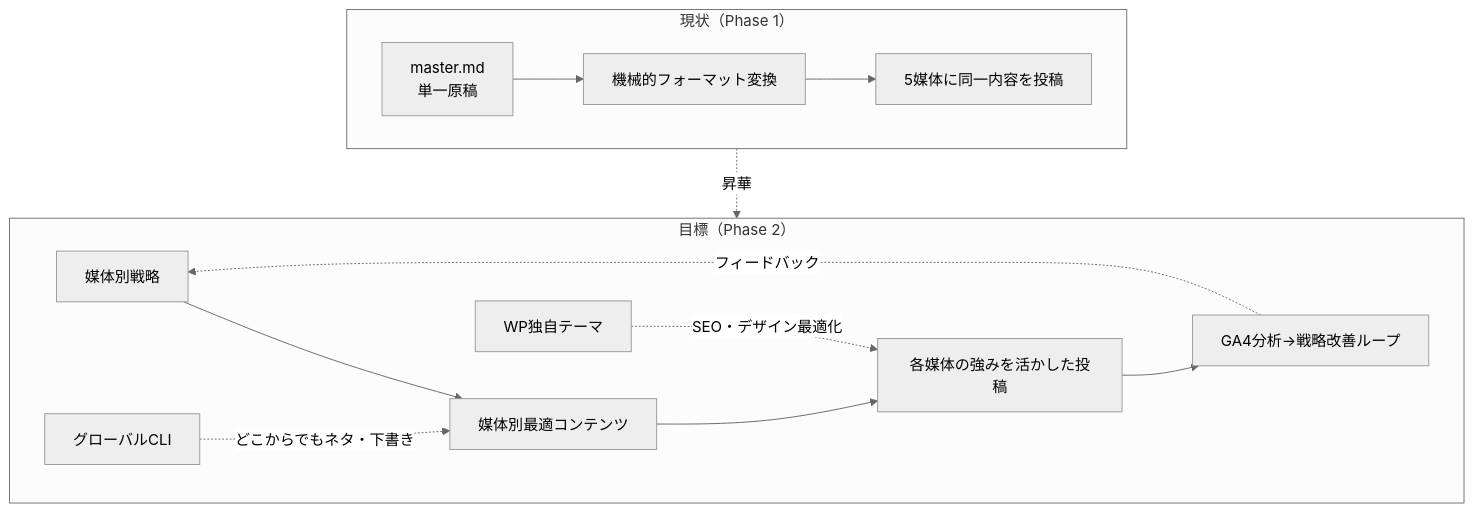
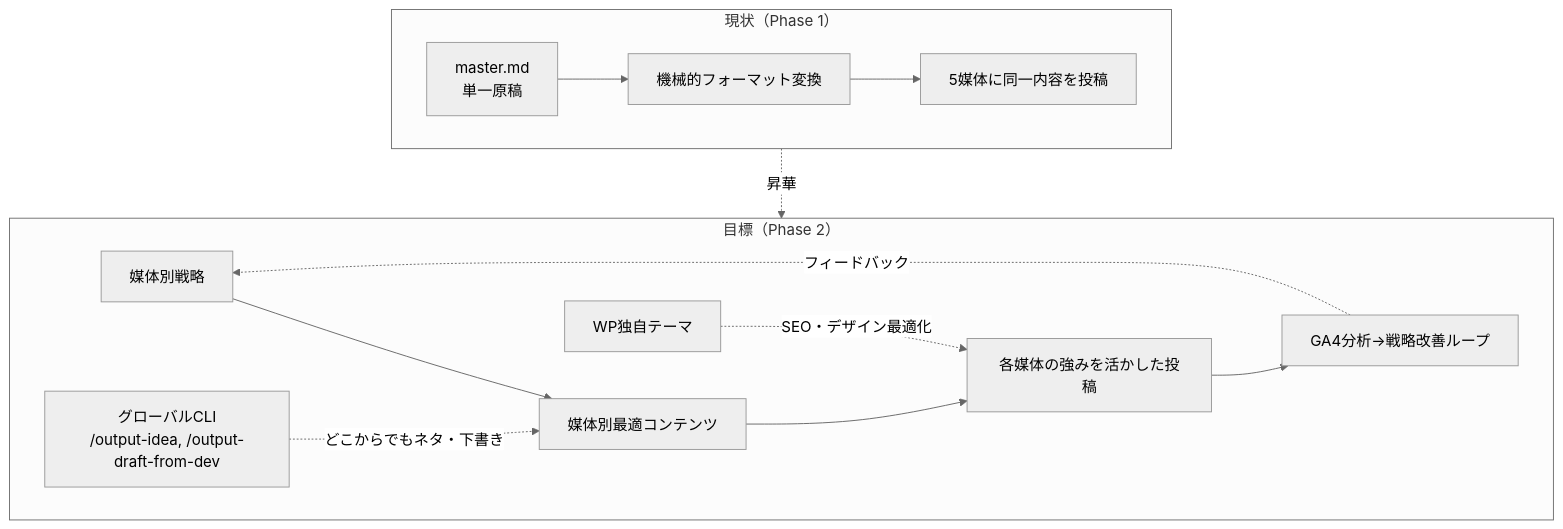
Before and after one commit to thirai-classlab/technology-output: the first of 7 diagrams in docs/design/07-phase2-evolution.md, drawn with Mermaid (neutral theme). The commit also changed other lines of this file and 30 other files, not shown here.

````diff
--- a/docs/design/07-phase2-evolution.md
+++ b/docs/design/07-phase2-evolution.md
@@ -12,18 +12,18 @@
 ```mermaid
 flowchart TB
     subgraph Phase1["現状（Phase 1）"]
         M1["master.md<br/>単一原稿"] --> C1["機械的フォーマット変換"]
         C1 --> P1["5媒体に同一内容を投稿"]
     end
 
     subgraph Phase2["目標（Phase 2）"]
         S2["媒体別戦略"] --> D2["媒体別最適コンテンツ"]
         D2 --> P2["各媒体の強みを活かした投稿"]
         P2 --> A2["GA4分析→戦略改善ループ"]
         A2 -.->|フィードバック| S2
-        G2["グローバルCLI"] -.->|どこからでもネタ・下書き| D2
+        G2["グローバルCLI<br/>/output-idea, /output-draft-from-dev"] -.->|どこからでもネタ・下書き| D2
         W2["WP独自テーマ"] -.->|SEO・デザイン最適化| P2
     end
 
     Phase1 -.->|昇華| Phase2
 ```
````
